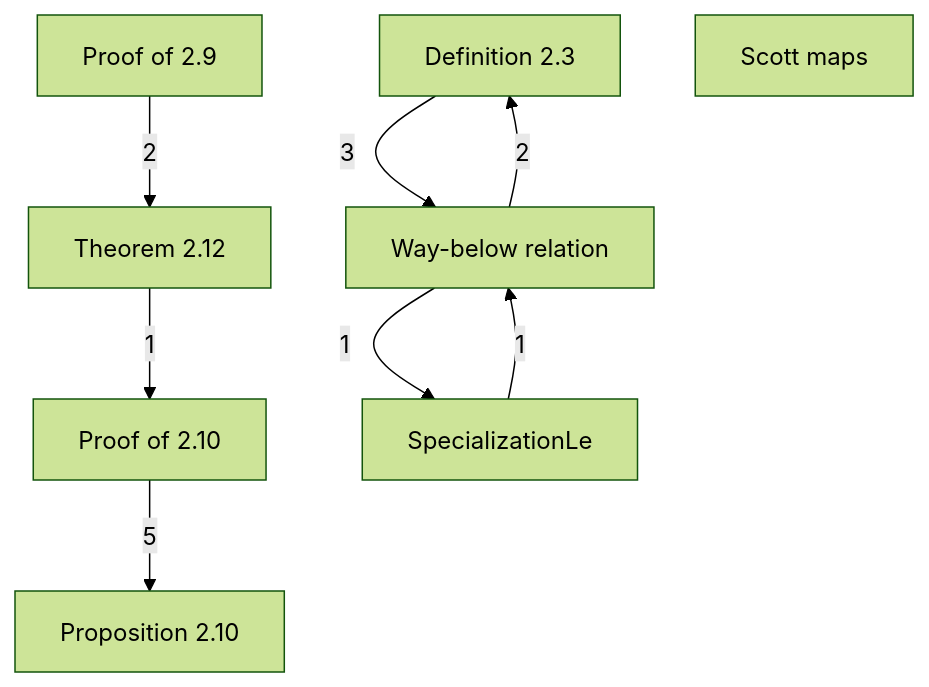
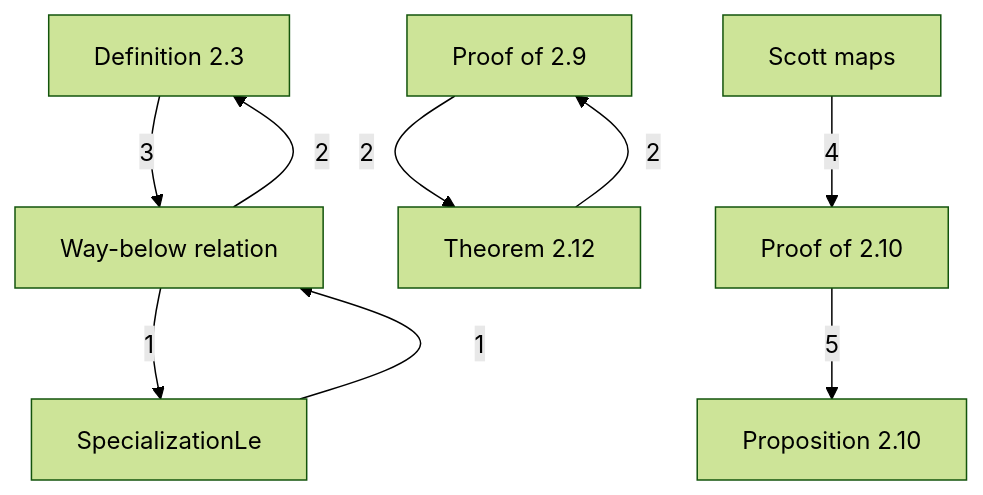
The diagram in DomainTheory/ContinuousLattice/1972_2_Continuous_lattices.mermaid (catskillsresearch/DomainTheory), drawn with Mermaid (forest theme) before and after one commit. The commit also changed 28 other files, not shown here.

```diff
--- a/DomainTheory/ContinuousLattice/1972_2_Continuous_lattices.mermaid
+++ b/DomainTheory/ContinuousLattice/1972_2_Continuous_lattices.mermaid
@@ -1,21 +1,22 @@
 %% Lean files imported under this note.
 %% Arrowhead on the importer. The number is a direct-import count.
 %% An arrow already implied by a longer path is omitted.
 flowchart TB
 
   Definition_2_3["Definition 2.3"]
   Proof_of_2_10["Proof of 2.10"]
   Proof_of_2_9["Proof of 2.9"]
   Proposition_2_10["Proposition 2.10"]
   Scott_maps["Scott maps"]
   Specialization_SpecializationLe["SpecializationLe"]
   Theorem_2_12["Theorem 2.12"]
   Way_below_relation["Way-below relation"]
 
   Way_below_relation -->|"2"| Definition_2_3
-  Theorem_2_12 -->|"1"| Proof_of_2_10
+  Scott_maps -->|"4"| Proof_of_2_10
+  Theorem_2_12 -->|"2"| Proof_of_2_9
   Proof_of_2_10 -->|"5"| Proposition_2_10
   Way_below_relation -->|"1"| Specialization_SpecializationLe
   Proof_of_2_9 -->|"2"| Theorem_2_12
   Definition_2_3 -->|"3"| Way_below_relation
   Specialization_SpecializationLe -->|"1"| Way_below_relation
```
